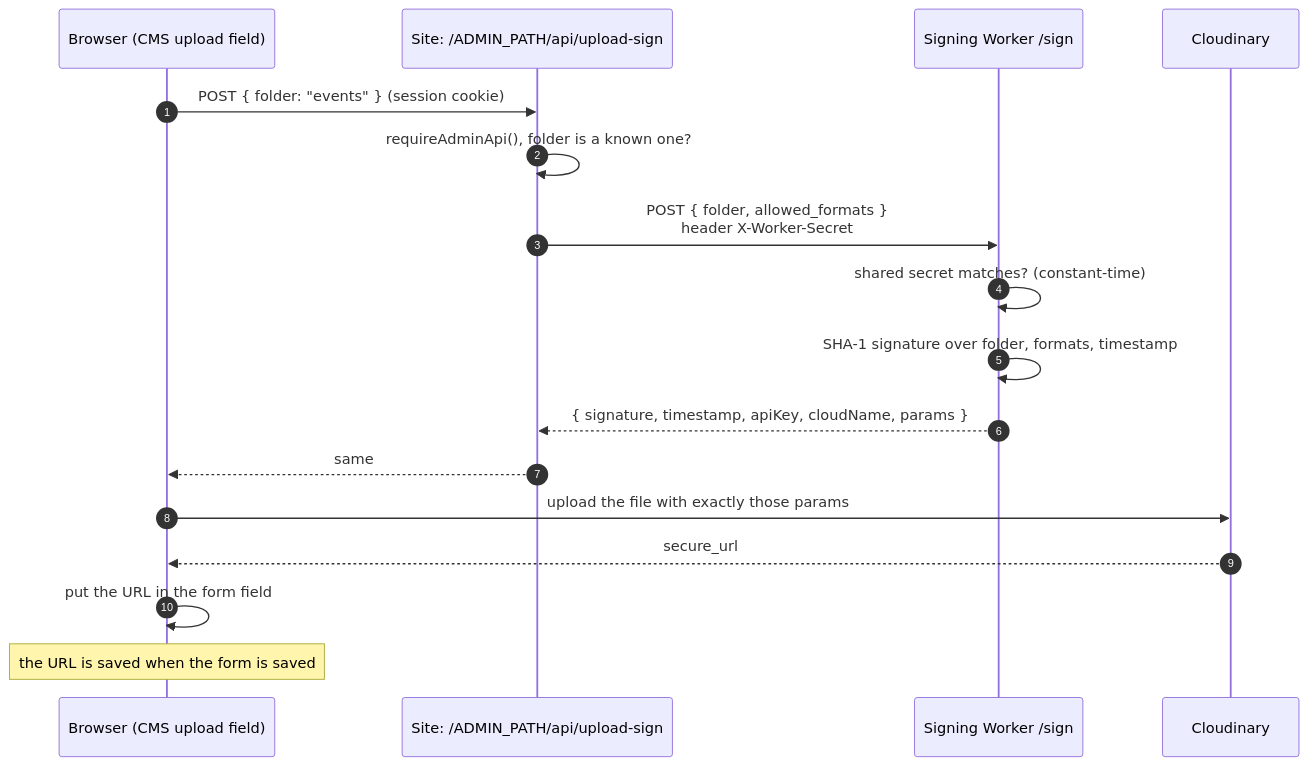
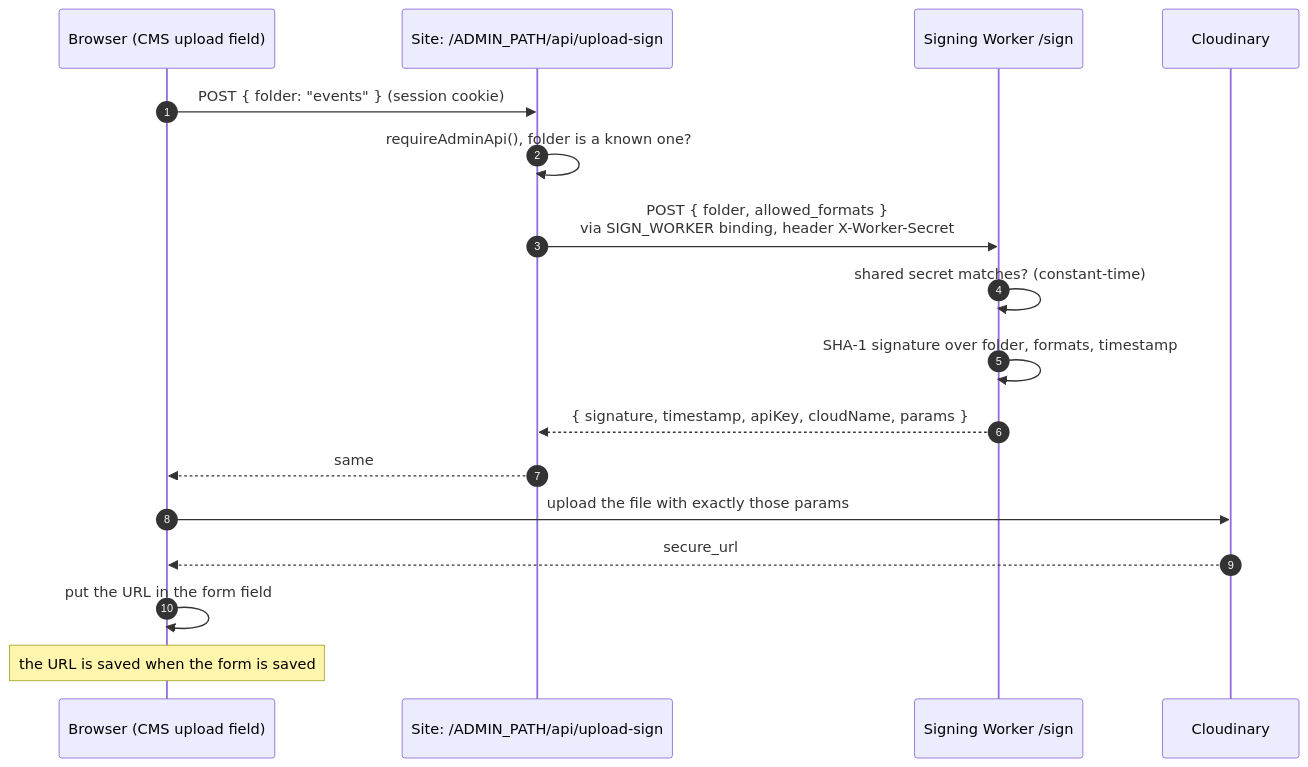
The diagram in docs/08-media-and-uploads.md (Git-HubCommunityGitamHyd/Github-Community-Club-Website), drawn with Mermaid before and after one commit. The commit also changed 85 other files, not shown here.

````diff
--- a/docs/08-media-and-uploads.md
+++ b/docs/08-media-and-uploads.md
@@ -32,20 +32,20 @@
 ```mermaid
 sequenceDiagram
     autonumber
     participant B as Browser (CMS upload field)
     participant App as Site: /ADMIN_PATH/api/upload-sign
     participant S as Signing Worker /sign
     participant C as Cloudinary
 
     B->>App: POST { folder: "events" } (session cookie)
     App->>App: requireAdminApi(), folder is a known one?
-    App->>S: POST { folder, allowed_formats }<br/>header X-Worker-Secret
+    App->>S: POST { folder, allowed_formats }<br/>via SIGN_WORKER binding, header X-Worker-Secret
     S->>S: shared secret matches? (constant-time)
     S->>S: SHA-1 signature over folder, formats, timestamp
     S-->>App: { signature, timestamp, apiKey, cloudName, params }
     App-->>B: same
     B->>C: upload the file with exactly those params
     C-->>B: secure_url
     B->>B: put the URL in the form field
     Note over B: the URL is saved when the form is saved
 ```
````
